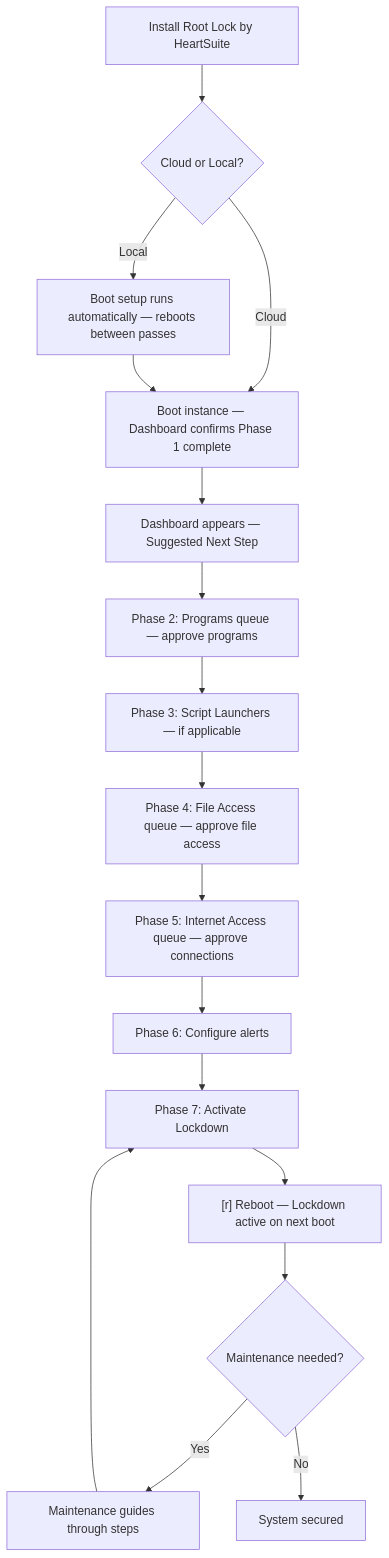
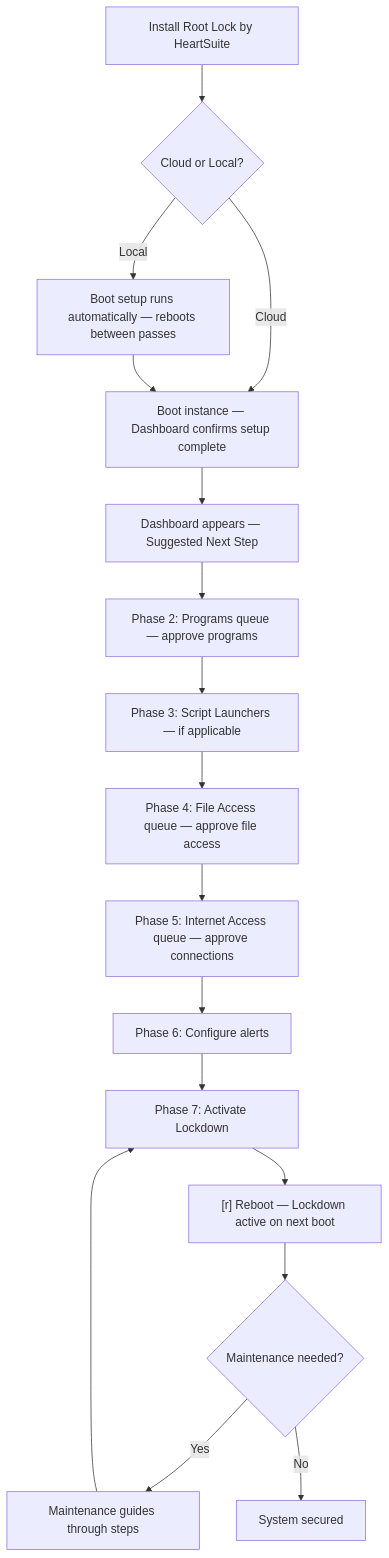
One commit to HeartSecuritySuite/heartsuite-docs changed the diagram in content/en/docs/introduction/setup-overview/_index.md. Above: the diagram before and after it, drawn with Mermaid. The commit also changed other lines of this file and 4 other files, not shown here.

````diff
--- a/content/en/docs/introduction/setup-overview/_index.md
+++ b/content/en/docs/introduction/setup-overview/_index.md
@@ -63,19 +63,19 @@
 ```mermaid
 graph TD
     A[Install Root Lock by HeartSuite] --> B{Cloud or Local?}
-    B -- Cloud --> C[Boot instance — Dashboard confirms Phase 1 complete]
+    B -- Cloud --> C[Boot instance — Dashboard confirms setup complete]
     B -- Local --> D["Boot setup runs automatically — reboots between passes"]
     D --> C
     C --> E[Dashboard appears — Suggested Next Step]
     E --> F["Phase 2: Programs queue — approve programs"]
     F --> G["Phase 3: Script Launchers — if applicable"]
     G --> H["Phase 4: File Access queue — approve file access"]
     H --> I["Phase 5: Internet Access queue — approve connections"]
     I --> J["Phase 6: Configure alerts"]
     J --> K["Phase 7: Activate Lockdown"]
     K --> L["[r] Reboot — Lockdown active on next boot"]
     L --> M{Maintenance needed?}
     M -- Yes --> N["Maintenance guides through steps"]
     N --> K
     M -- No --> O[System secured]
 ```
````
